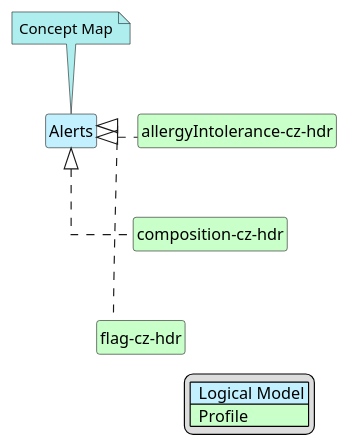
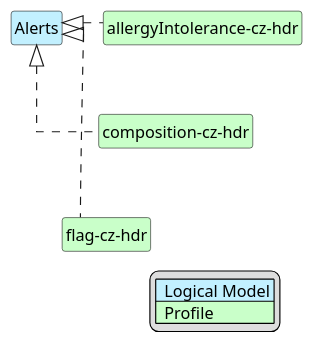
Before and after one commit to HL7-cz/hdr: the diagram in input/images-source/Alerts-map.plantuml, drawn with PlantUML. The commit also changed 29 other files, not shown here.

```diff
--- a/input/images-source/Alerts-map.plantuml
+++ b/input/images-source/Alerts-map.plantuml
@@ -1,27 +1,25 @@
 @startuml
 hide circle
 hide stereotype
 hide members
 hide methods
 skinparam linetype ortho
 skinparam class {
 BackgroundColor<<LogicalModel>> #APPLICATION
 BackgroundColor<<Profile>> #TECHNOLOGY
 }
 legend right
 | <#APPLICATION>  Logical Model |
 | <#TECHNOLOGY>  Profile |
 endlegend
 class "Alerts" <<LogicalModel>> [[StructureDefinition-AlertsCz.html]]
-note top #PaleTurquoise [[ConceptMap-alerts2FHIR-cz-hdr.html]]
-Concept Map
-endnote
+
 class "allergyIntolerance-cz-hdr" <<Profile>> [[StructureDefinition-cz-allergyIntolerance-hdr.html]]
 "Alerts" <|. "allergyIntolerance-cz-hdr"
 class "composition-cz-hdr" <<Profile>> [[StructureDefinition-cz-composition-hdr.html]]
 "Alerts" <|. "composition-cz-hdr"
 "allergyIntolerance-cz-hdr" -d[hidden]-> "composition-cz-hdr"
 class "flag-cz-hdr" <<Profile>> [[StructureDefinition-cz-flag-hdr.html]]
 "Alerts" <|. "flag-cz-hdr"
 "composition-cz-hdr" -d[hidden]-> "flag-cz-hdr"
 @enduml
```
